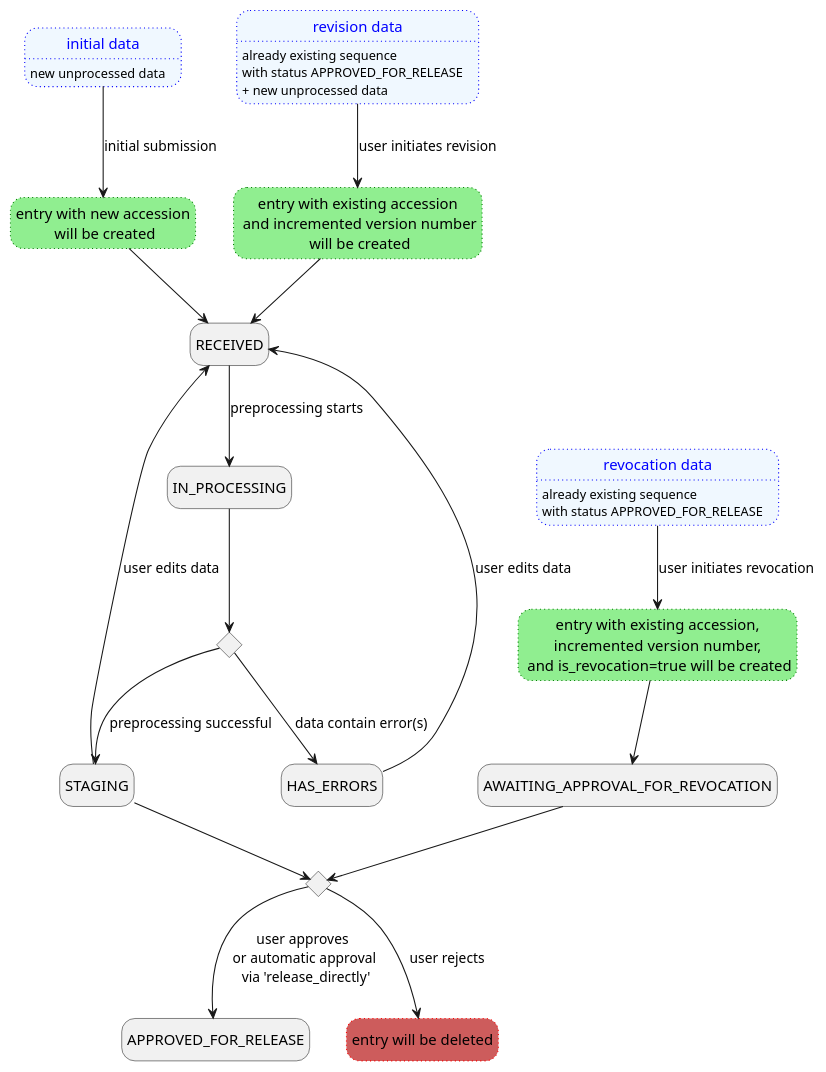
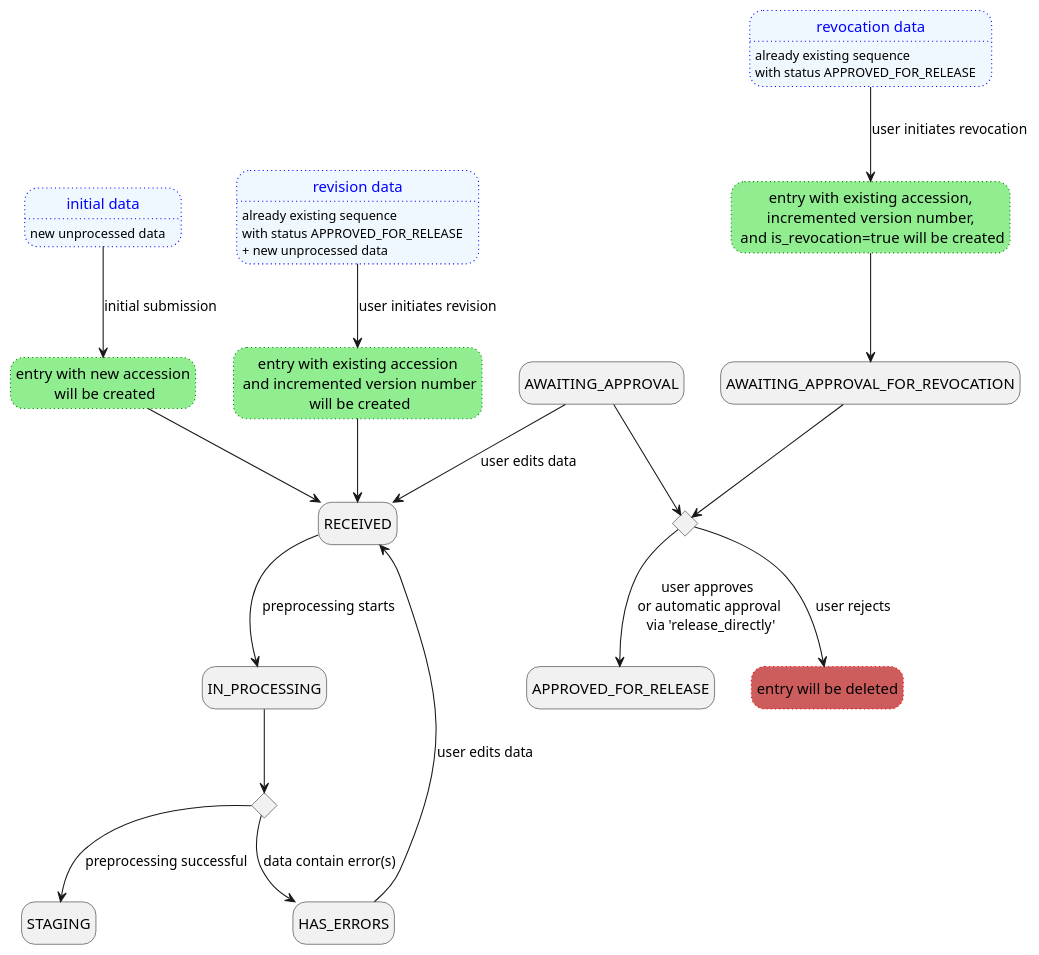
The diagram in backend/docs/plantuml/statusChange.puml (loculus-project/loculus), drawn with PlantUML before and after one commit.

```diff
--- a/backend/docs/plantuml/statusChange.puml
+++ b/backend/docs/plantuml/statusChange.puml
@@ -1,54 +1,54 @@
 @startuml
     hide empty description
 
     ' input data
     state INITIAL_DATA as "initial data" #aliceblue;line:blue;line.dotted;text:blue {
         INITIAL_DATA: new unprocessed data
         }
     state REVISION_DATA as "revision data" #aliceblue;line:blue;line.dotted;text:blue {
         REVISION_DATA: already existing sequence
         REVISION_DATA: with status APPROVED_FOR_RELEASE
         REVISION_DATA: + new unprocessed data
     }
     state REVOKED_DATA as "revocation data" #aliceblue;line:blue;line.dotted;text:blue{
         REVOKED_DATA: already existing sequence
         REVOKED_DATA: with status APPROVED_FOR_RELEASE
     }
 
     ' status states
     state AWAITING_APPROVAL_FOR_REVOCATION
     state RECEIVED
     state IN_PROCESSING
     state HAS_ERRORS
     state RECEIVED
     state APPROVED_FOR_RELEASE
 
     ' actions
     state CREATING_SUBMIT as "entry with new accession\n will be created" #lightgreen;line:green;line.dotted
     state CREATING_REVISE as "entry with existing accession\n and incremented version number\n will be created" #lightgreen;line:green;line.dotted
     state CREATING_REVOKE as "entry with existing accession,\n incremented version number, \n and is_revocation=true will be created" #lightgreen;line:green;line.dotted
     state DELETION as "entry will be deleted" #IndianRed;line:red;line.dotted
     state is_error <<choice>>
     state is_approved <<choice>>
 
     ' transitions
     INITIAL_DATA --> CREATING_SUBMIT : initial submission
     CREATING_SUBMIT --> RECEIVED
     REVISION_DATA --> CREATING_REVISE : user initiates revision
     CREATING_REVISE --> RECEIVED
 
     REVOKED_DATA --> CREATING_REVOKE : user initiates revocation
     CREATING_REVOKE --> AWAITING_APPROVAL_FOR_REVOCATION
     AWAITING_APPROVAL_FOR_REVOCATION --> is_approved
 
     RECEIVED --> IN_PROCESSING : preprocessing starts
     IN_PROCESSING --> is_error
     is_error --> HAS_ERRORS : data contain error(s)
     HAS_ERRORS --> RECEIVED : user edits data
-    STAGING --> RECEIVED : user edits data
+    AWAITING_APPROVAL --> RECEIVED : user edits data
     is_error --> STAGING : preprocessing successful
-    STAGING --> is_approved
+    AWAITING_APPROVAL --> is_approved
     is_approved --> APPROVED_FOR_RELEASE : user approves \nor automatic approval\n via 'release_directly'
     is_approved --> DELETION : user rejects
 
 @enduml
```
